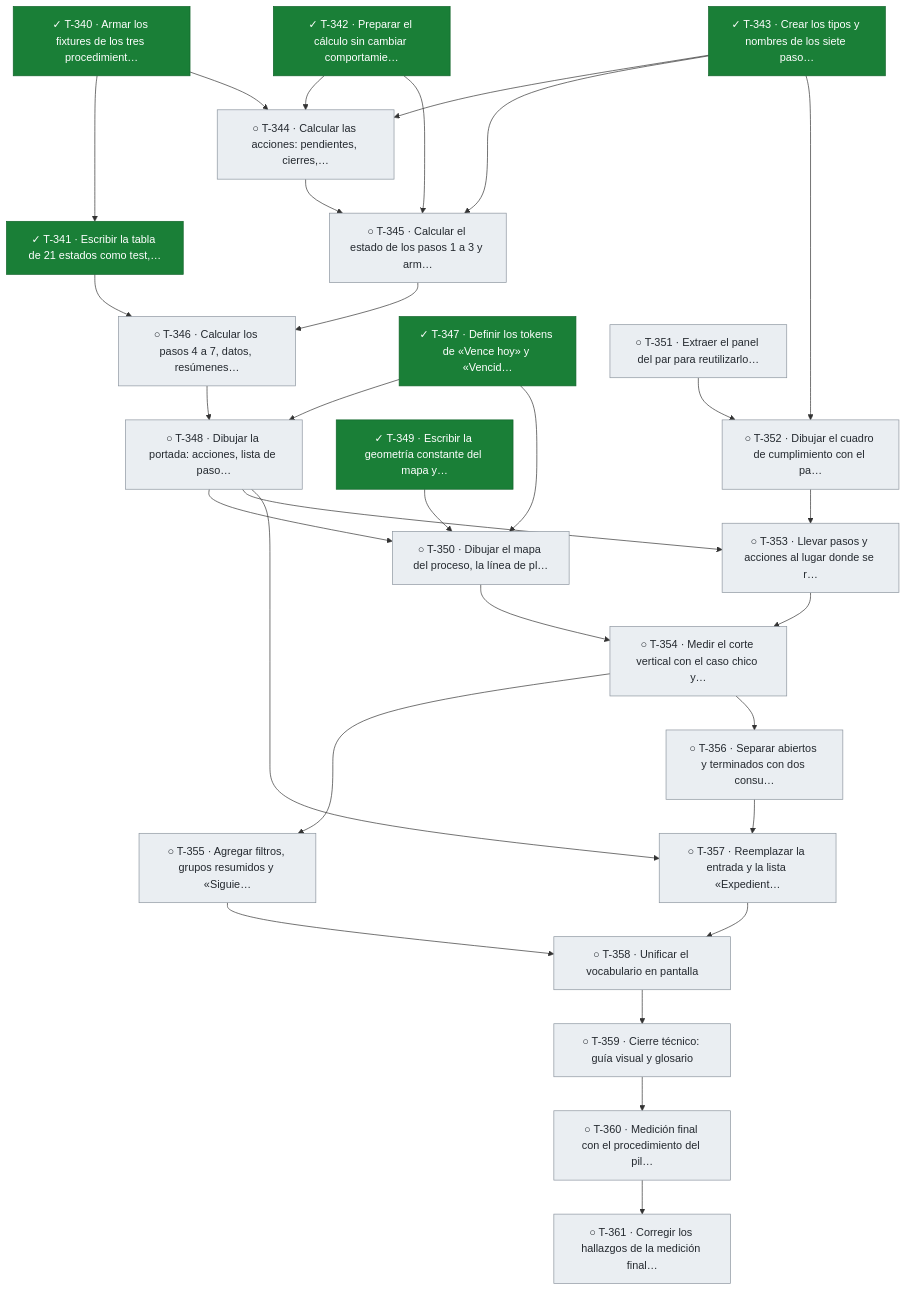
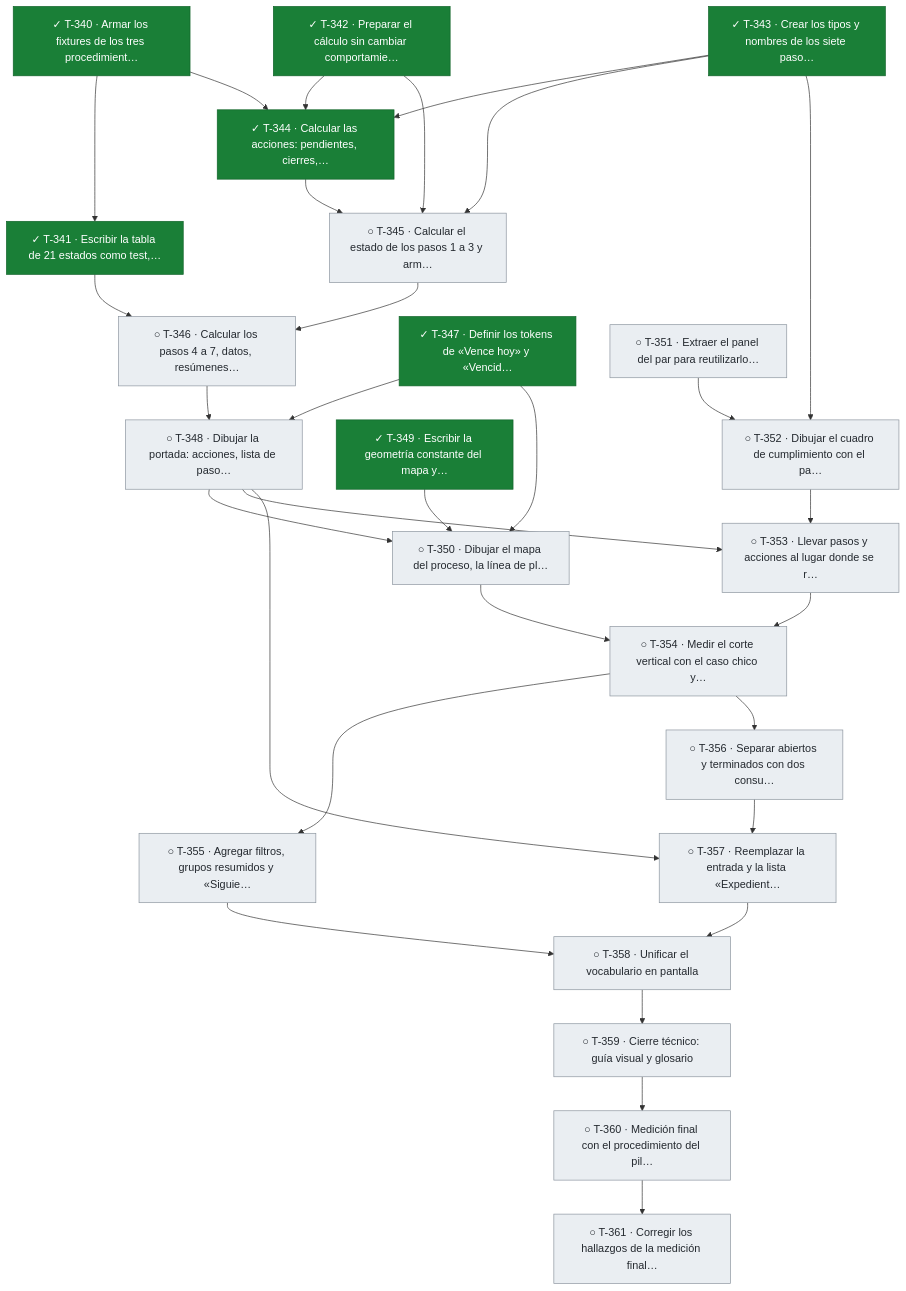
Before and after one commit to snavello/EVALUON: diagram 25 of 25 in docs/tablero.md, drawn with Mermaid. The commit also changed other lines of this file and 1 other file, not shown here.

Commit message:
gestión: T-344 terminada (acciones: pendientes, cierres, faltantes, orden y corte), avisos y tablero

````diff
--- a/docs/tablero.md
+++ b/docs/tablero.md
@@ -1922,59 +1922,59 @@
 ```mermaid
 flowchart TD
   T340["✓ T-340 · Armar los fixtures de los tres procedimient…"]:::done
   T341["✓ T-341 · Escribir la tabla de 21 estados como test,…"]:::done
   T342["✓ T-342 · Preparar el cálculo sin cambiar comportamie…"]:::done
   T343["✓ T-343 · Crear los tipos y nombres de los siete paso…"]:::done
-  T344["○ T-344 · Calcular las acciones: pendientes, cierres,…"]:::todo
+  T344["✓ T-344 · Calcular las acciones: pendientes, cierres,…"]:::done
   T345["○ T-345 · Calcular el estado de los pasos 1 a 3 y arm…"]:::todo
   T346["○ T-346 · Calcular los pasos 4 a 7, datos, resúmenes…"]:::todo
   T347["✓ T-347 · Definir los tokens de «Vence hoy» y «Vencid…"]:::done
   T348["○ T-348 · Dibujar la portada: acciones, lista de paso…"]:::todo
   T349["✓ T-349 · Escribir la geometría constante del mapa y…"]:::done
   T350["○ T-350 · Dibujar el mapa del proceso, la línea de pl…"]:::todo
   T351["○ T-351 · Extraer el panel del par para reutilizarlo…"]:::todo
   T352["○ T-352 · Dibujar el cuadro de cumplimiento con el pa…"]:::todo
   T353["○ T-353 · Llevar pasos y acciones al lugar donde se r…"]:::todo
   T354["○ T-354 · Medir el corte vertical con el caso chico y…"]:::todo
   T355["○ T-355 · Agregar filtros, grupos resumidos y «Siguie…"]:::todo
   T356["○ T-356 · Separar abiertos y terminados con dos consu…"]:::todo
   T357["○ T-357 · Reemplazar la entrada y la lista «Expedient…"]:::todo
   T358["○ T-358 · Unificar el vocabulario en pantalla"]:::todo
   T359["○ T-359 · Cierre técnico: guía visual y glosario"]:::todo
   T360["○ T-360 · Medición final con el procedimiento del pil…"]:::todo
   T361["○ T-361 · Corregir los hallazgos de la medición final…"]:::todo
   T340 --> T341
   T340 --> T344
   T342 --> T344
   T343 --> T344
   T342 --> T345
   T343 --> T345
   T344 --> T345
   T341 --> T346
   T345 --> T346
   T346 --> T348
   T347 --> T348
   T347 --> T350
   T348 --> T350
   T349 --> T350
   T343 --> T352
   T351 --> T352
   T348 --> T353
   T352 --> T353
   T350 --> T354
   T353 --> T354
   T354 --> T355
   T354 --> T356
   T348 --> T357
   T356 --> T357
   T355 --> T358
   T357 --> T358
   T358 --> T359
   T359 --> T360
   T360 --> T361
   classDef done fill:#1a7f37,stroke:#116329,color:#ffffff
   classDef review fill:#0969da,stroke:#0550ae,color:#ffffff
   classDef active fill:#bf8700,stroke:#7d4e00,color:#ffffff
   classDef blocked fill:#cf222e,stroke:#a40e26,color:#ffffff
   classDef todo fill:#eaeef2,stroke:#8c959f,color:#24292f
 ```
````
